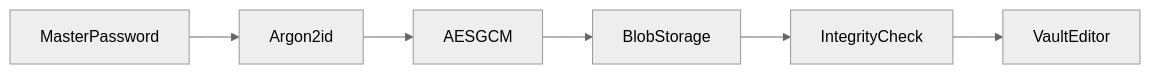
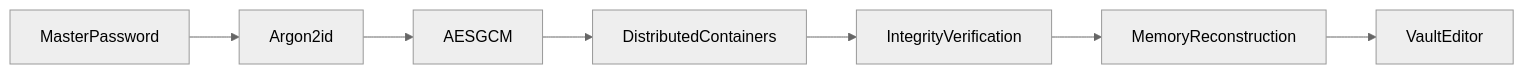
Before and after one commit to Money-Ape/PassCore: the diagram in README.md, drawn with Mermaid (neutral theme). The commit also changed other lines of this file and 2 other files, not shown here.

First line of the commit message:
feat: add auto-lock timer and memory-only vault processing - Added inactivity-based auto-lock timer - Added automatic vault locking after user inactivity

````diff
--- a/README.md
+++ b/README.md
@@ -27,9 +28,10 @@
 ```mermaid
 flowchart LR
 
 MasterPassword --> Argon2id
 Argon2id --> AESGCM
-AESGCM --> BlobStorage
-BlobStorage --> IntegrityCheck
-IntegrityCheck --> VaultEditor
+AESGCM --> DistributedContainers
+DistributedContainers --> IntegrityVerification
+IntegrityVerification --> MemoryReconstruction
+MemoryReconstruction --> VaultEditor
 ```
````
